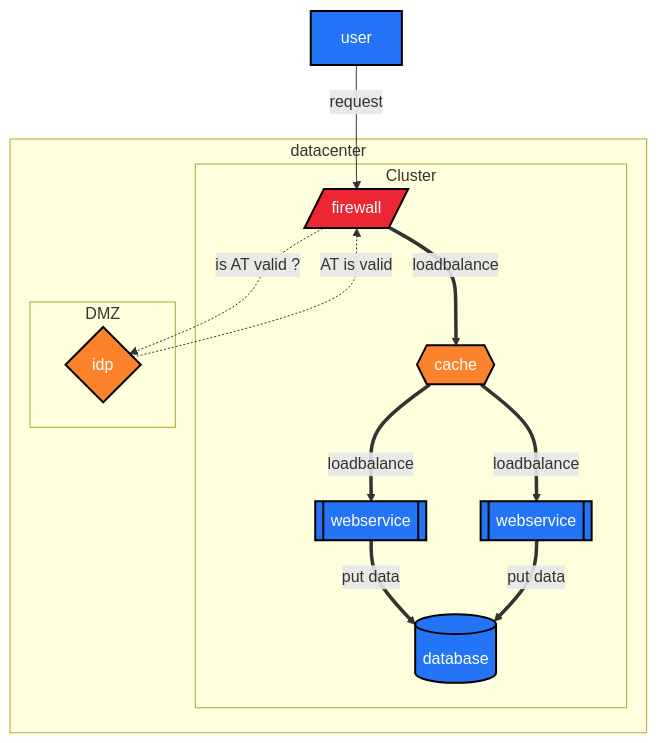
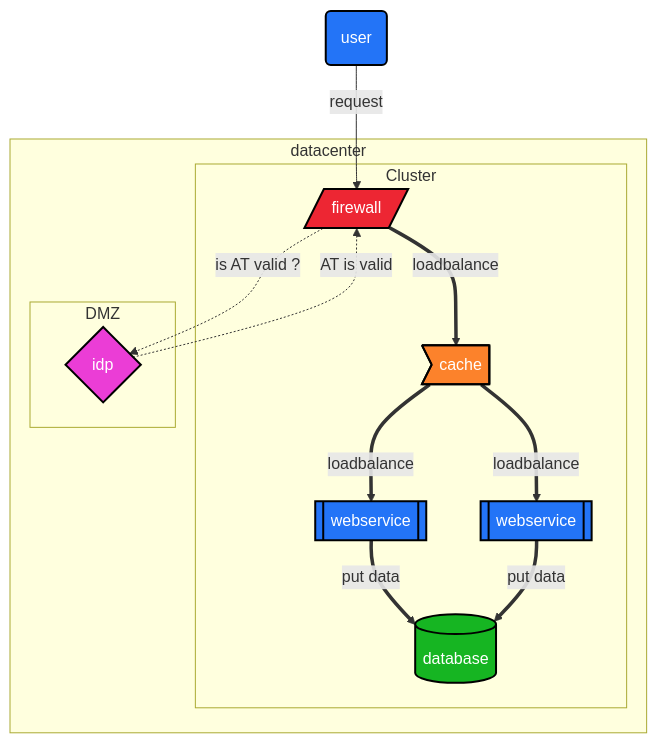
One commit to Atlas-Authority/MarkdownMacro changed the diagram in testing/markdown-test-file.md. Above: the diagram before and after it, drawn with Mermaid. The commit also changed other lines of this file, not shown here.

````diff
--- a/testing/markdown-test-file.md
+++ b/testing/markdown-test-file.md
@@ -223,29 +225,29 @@
 ```mermaid
 graph TB
     classDef blue fill:#2374f7,stroke:#000,stroke-width:2px,color:#fff
     classDef pink fill:#eb3dd6,stroke:#000,stroke-width:2px,color:#fff
     classDef orange fill:#fc822b,stroke:#000,stroke-width:2px,color:#fff
     classDef red fill:#ed2633,stroke:#000,stroke-width:2px,color:#fff
     classDef green fill:#16b522,stroke:#000,stroke-width:2px,color:#fff
 
-    u[user]:::blue -- "request" --> fw[/firewall/]:::red
-    fw == "loadbalance" ==> ch{{cache}}:::orange
+    u(user):::blue -- "request" --> fw[/firewall/]:::red
+    fw == "loadbalance" ==> ch>cache]:::orange
     ch == "loadbalance" ==> ws1[[webservice]]:::blue
     ch == "loadbalance" ==> ws2[[webservice]]:::blue
-    fw -. "is AT valid ?" .-> idp{"idp"}:::orange
+    fw -. "is AT valid ?" .-> idp{"idp"}:::pink
     idp -. "AT is valid" .-> fw
-    ws1 == "put data" ==> db[(database)]:::blue
-    ws2 == "put data" ==> db[(database)]:::blue
+    ws1 == "put data" ==> db[(database)]:::green
+    ws2 == "put data" ==> db[(database)]
     subgraph  datacenter
         subgraph  Cluster
             ws1
             ws2
             db
             ch
             fw
         end
         subgraph  DMZ
             idp
         end
     end
 ```
````
